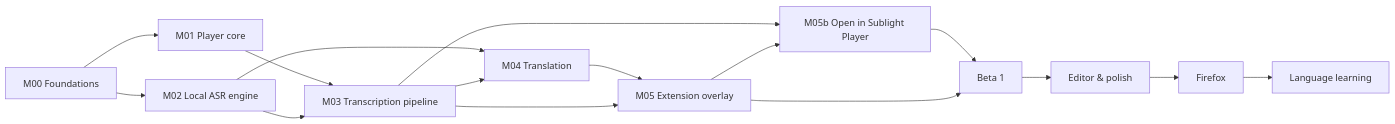
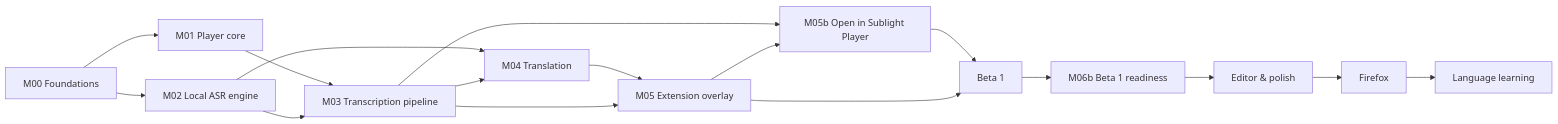
The diagram in docs/plan/Roadmap.md (ABakdi/sublight), drawn with Mermaid before and after one commit. The commit also changed other lines of this file and 13 other files, not shown here.

````diff
--- a/docs/plan/Roadmap.md
+++ b/docs/plan/Roadmap.md
@@ -11,18 +11,19 @@
 ```mermaid
 flowchart LR
   M00[M00 Foundations] --> M01[M01 Player core]
   M00 --> M02[M02 Local ASR engine]
   M01 --> M03[ M03 Transcription pipeline]
   M02 --> M03
   M02 --> M04[ M04 Translation]
   M03 --> M04
   M04 --> M05[ M05 Extension overlay]
   M03 --> M05
   M03 --> M05b[ M05b Open in Sublight Player]
   M05 --> M05b
   M05b --> M06[Beta 1]
   M05 --> M06
-  M06 --> M07[Editor & polish]
+  M06 --> M06b[M06b Beta 1 readiness]
+  M06b --> M07[Editor & polish]
   M07 --> M08[Firefox]
   M08 --> M09[Language learning]
 ```
````
